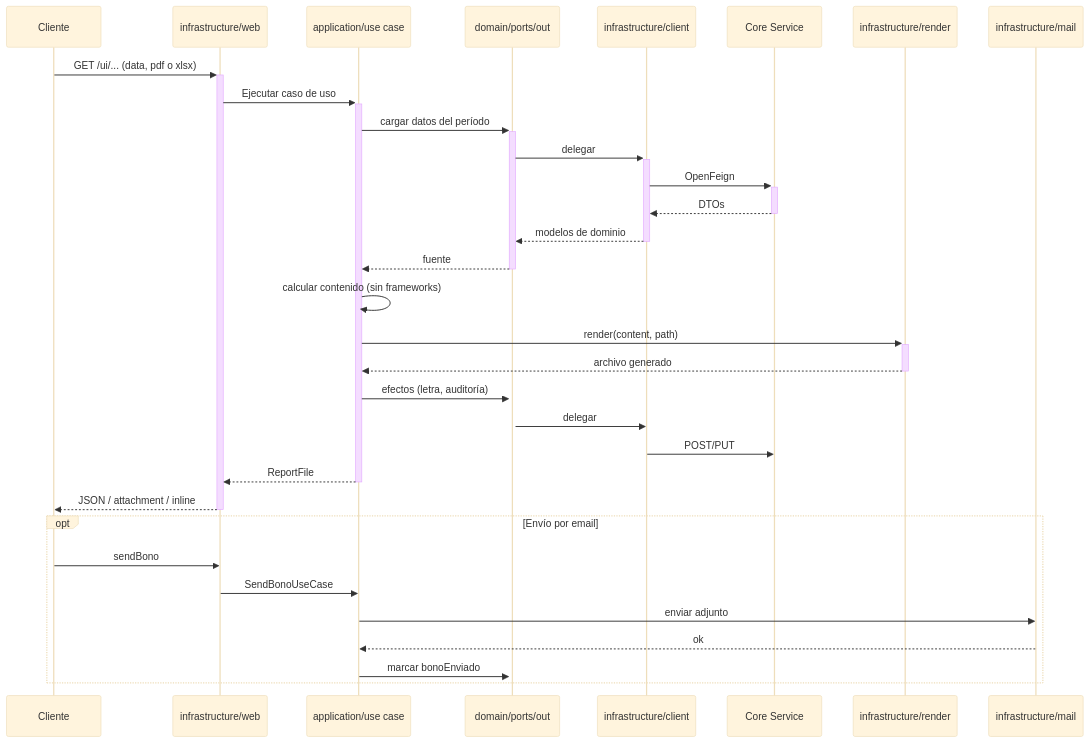
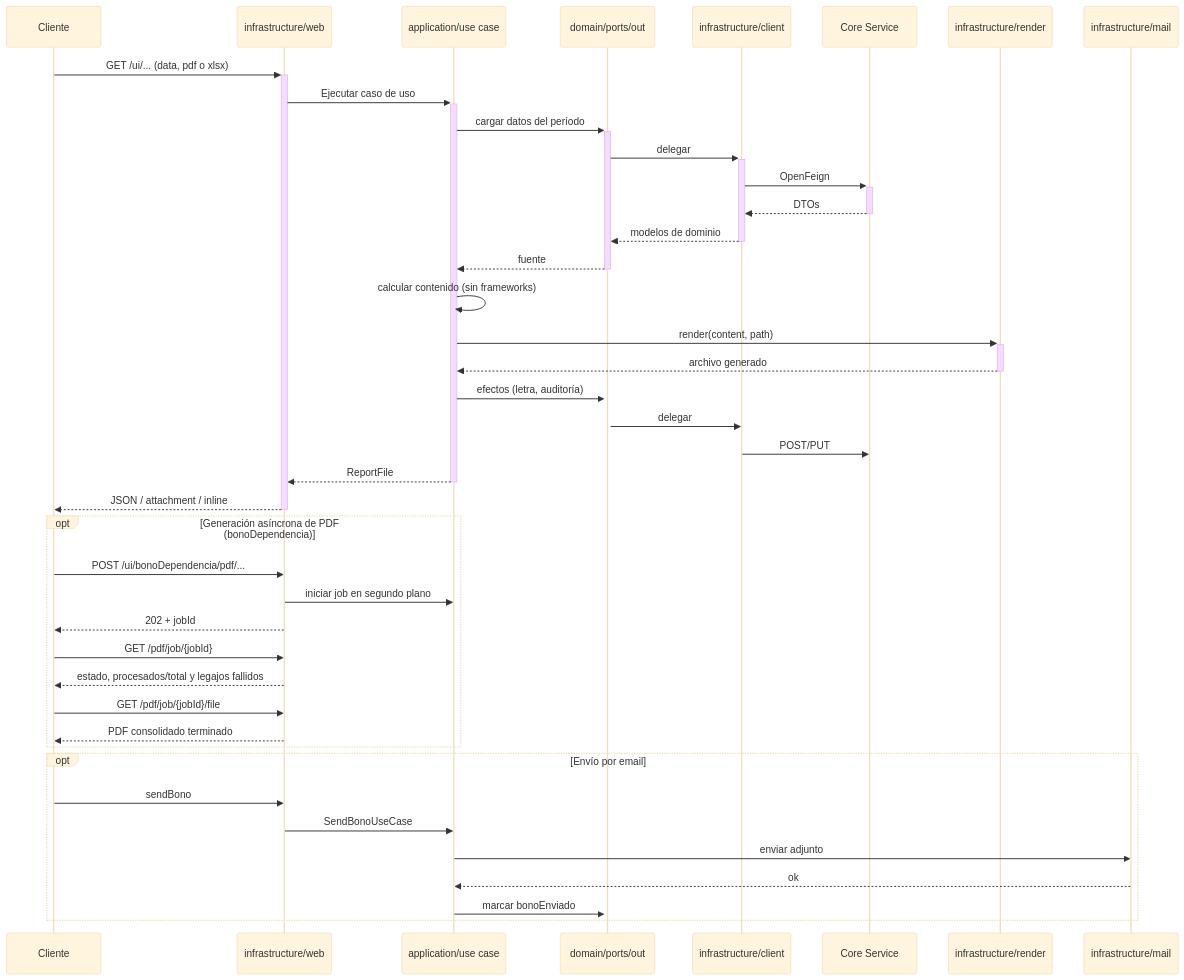
The diagram in docs/diagrams/flujo-reportes.mmd (UM-services/UM.haberes.report-service), drawn with Mermaid (base theme) before and after one commit. The commit also changed 22 other files, not shown here.

First line of the commit message:
feat(bono): generar PDF por dependencia en un job

```diff
--- a/docs/diagrams/flujo-reportes.mmd
+++ b/docs/diagrams/flujo-reportes.mmd
@@ -1,34 +1,44 @@
 sequenceDiagram
     participant Client as Cliente
     participant Web as infrastructure/web
     participant UC as application/use case
     participant Port as domain/ports/out
     participant Adapter as infrastructure/client
     participant Core as Core Service
     participant Render as infrastructure/render
     participant Mail as infrastructure/mail
 
     Client->>+Web: GET /ui/... (data, pdf o xlsx)
     Web->>+UC: Ejecutar caso de uso
     UC->>+Port: cargar datos del período
     Port->>+Adapter: delegar
     Adapter->>+Core: OpenFeign
     Core-->>-Adapter: DTOs
     Adapter-->>-Port: modelos de dominio
     Port-->>-UC: fuente
     UC->>UC: calcular contenido (sin frameworks)
     UC->>+Render: render(content, path)
     Render-->>-UC: archivo generado
     UC->>+Port: efectos (letra, auditoría)
     Port->>Adapter: delegar
     Adapter->>Core: POST/PUT
     UC-->>-Web: ReportFile
     Web-->>-Client: JSON / attachment / inline
 
+    opt Generación asíncrona de PDF (bonoDependencia)
+        Client->>Web: POST /ui/bonoDependencia/pdf/...
+        Web->>UC: iniciar job en segundo plano
+        Web-->>Client: 202 + jobId
+        Client->>Web: GET /pdf/job/{jobId}
+        Web-->>Client: estado, procesados/total y legajos fallidos
+        Client->>Web: GET /pdf/job/{jobId}/file
+        Web-->>Client: PDF consolidado terminado
+    end
+
     opt Envío por email
         Client->>Web: sendBono
         Web->>UC: SendBonoUseCase
         UC->>Mail: enviar adjunto
         Mail-->>UC: ok
         UC->>Port: marcar bonoEnviado
     end
```
